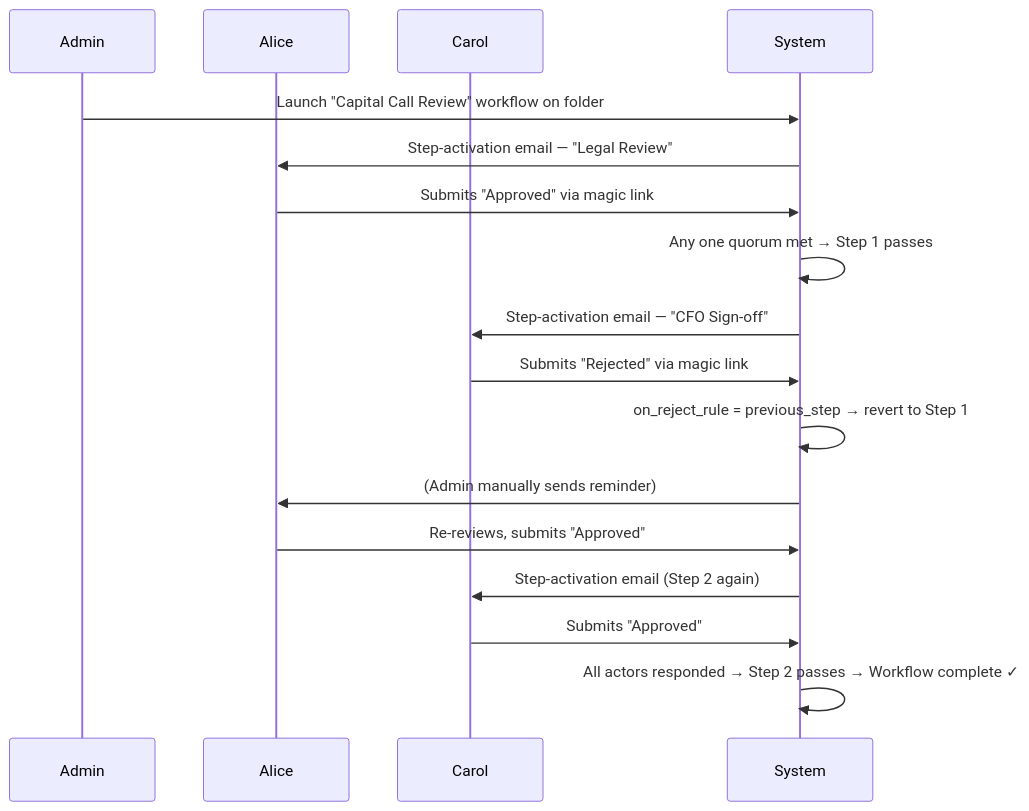
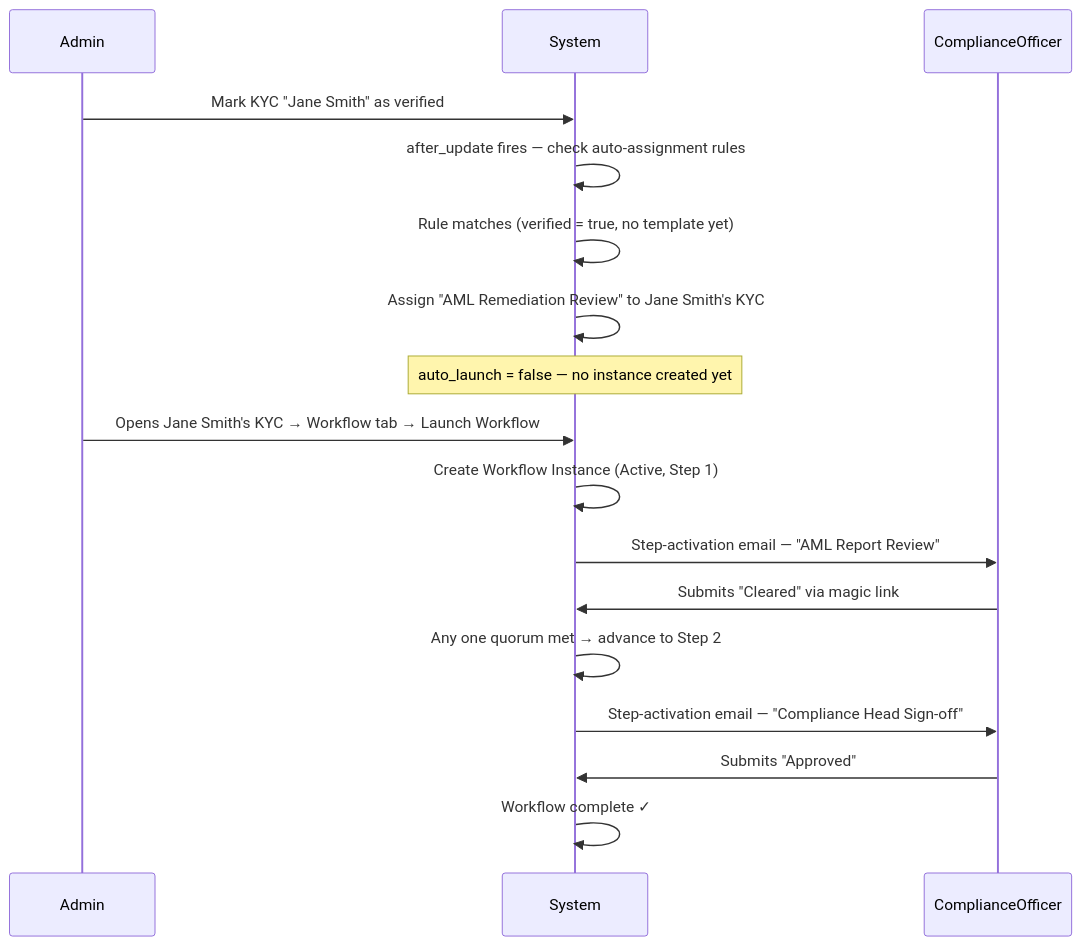
The fourth of 4 diagrams in docs/user_guides/workflow_templates_user_guide.md (sampadadiwan/IRM_CompanyMain), drawn with Mermaid before and after one commit. The commit also changed other lines of this file and 69 other files, not shown here.

````diff
--- a/docs/user_guides/workflow_templates_user_guide.md
+++ b/docs/user_guides/workflow_templates_user_guide.md
@@ -306,19 +439,20 @@
 ```mermaid
 sequenceDiagram
   participant Admin
-  participant Alice
-  participant Carol
+  participant System
+  participant ComplianceOfficer
 
-  Admin->>System: Launch "Capital Call Review" workflow on folder
-  System->>Alice: Step-activation email — "Legal Review"
-  Alice->>System: Submits "Approved" via magic link
-  System->>System: Any one quorum met → Step 1 passes
-  System->>Carol: Step-activation email — "CFO Sign-off"
-  Carol->>System: Submits "Rejected" via magic link
-  System->>System: on_reject_rule = previous_step → revert to Step 1
-  System->>Alice: (Admin manually sends reminder)
-  Alice->>System: Re-reviews, submits "Approved"
-  System->>Carol: Step-activation email (Step 2 again)
-  Carol->>System: Submits "Approved"
-  System->>System: All actors responded → Step 2 passes → Workflow complete ✓
+  Admin->>System: Mark KYC "Jane Smith" as verified
+  System->>System: after_update fires — check auto-assignment rules
+  System->>System: Rule matches (verified = true, no template yet)
+  System->>System: Assign "AML Remediation Review" to Jane Smith's KYC
+  Note over System: auto_launch = false — no instance created yet
+  Admin->>System: Opens Jane Smith's KYC → Workflow tab → Launch Workflow
+  System->>System: Create Workflow Instance (Active, Step 1)
+  System->>ComplianceOfficer: Step-activation email — "AML Report Review"
+  ComplianceOfficer->>System: Submits "Cleared" via magic link
+  System->>System: Any one quorum met → advance to Step 2
+  System->>ComplianceOfficer: Step-activation email — "Compliance Head Sign-off"
+  ComplianceOfficer->>System: Submits "Approved"
+  System->>System: Workflow complete ✓
 ```
````
